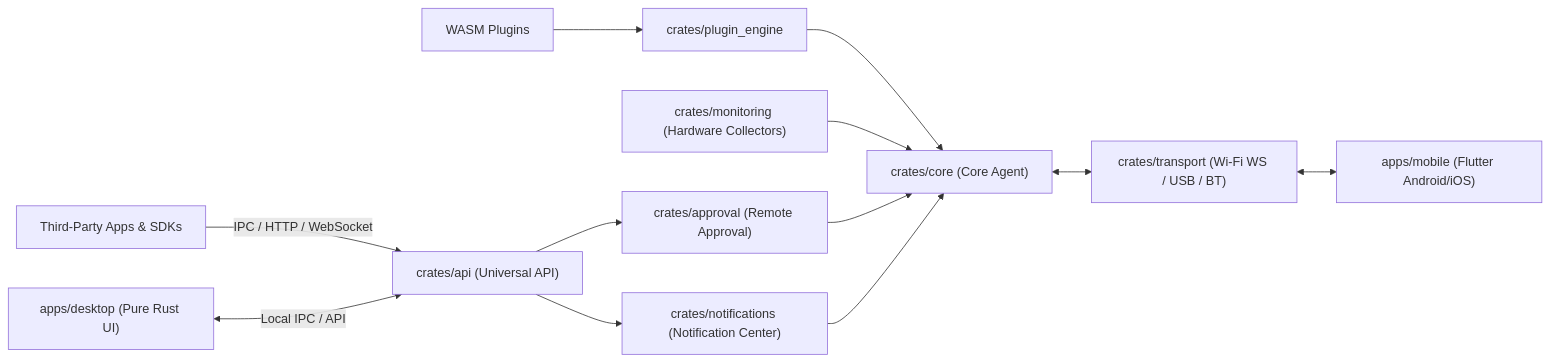
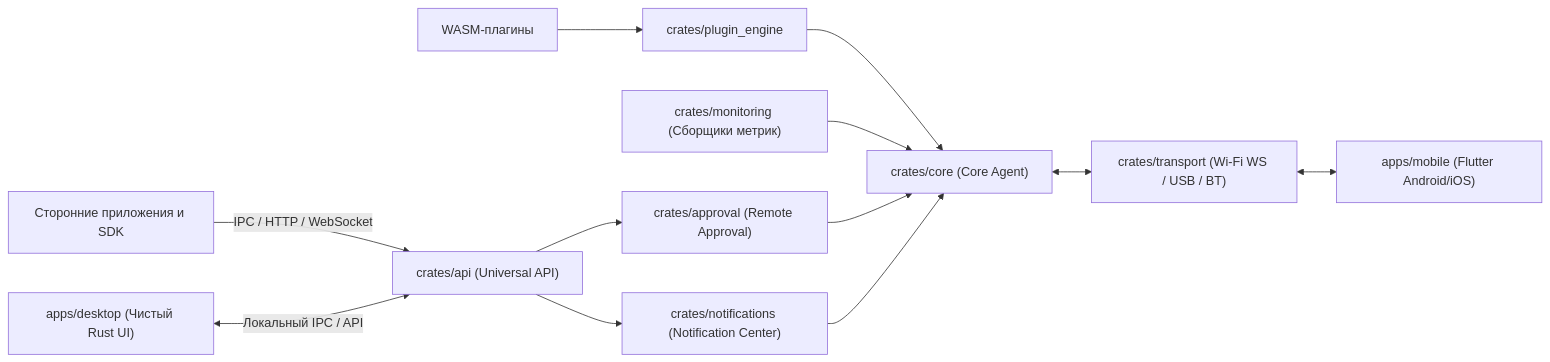
The first of 2 diagrams in docs/architecture/overview.md (NoVate911/NexDeck), drawn with Mermaid before and after one commit. The commit also changed other lines of this file and 43 other files, not shown here.

````diff
--- a/docs/architecture/overview.md
+++ b/docs/architecture/overview.md
@@ -9,14 +9,14 @@
 ```mermaid
 flowchart LR
-    ThirdParty["Third-Party Apps & SDKs"] -->|IPC / HTTP / WebSocket| API["crates/api (Universal API)"]
+    ThirdParty["Сторонние приложения и SDK"] -->|IPC / HTTP / WebSocket| API["crates/api (Universal API)"]
     API --> Approval["crates/approval (Remote Approval)"]
     API --> Notify["crates/notifications (Notification Center)"]
-    Plugins["WASM Plugins"] --> PluginEngine["crates/plugin_engine"]
+    Plugins["WASM-плагины"] --> PluginEngine["crates/plugin_engine"]
     PluginEngine --> Core["crates/core (Core Agent)"]
-    Monitoring["crates/monitoring (Hardware Collectors)"] --> Core
+    Monitoring["crates/monitoring (Сборщики метрик)"] --> Core
     Approval --> Core
     Notify --> Core
-    Desktop["apps/desktop (Pure Rust UI)"] <-->|Local IPC / API| API
+    Desktop["apps/desktop (Чистый Rust UI)"] <-->|Локальный IPC / API| API
     Core <--> Transport["crates/transport (Wi-Fi WS / USB / BT)"]
     Transport <--> Mobile["apps/mobile (Flutter Android/iOS)"]
 ```
````
